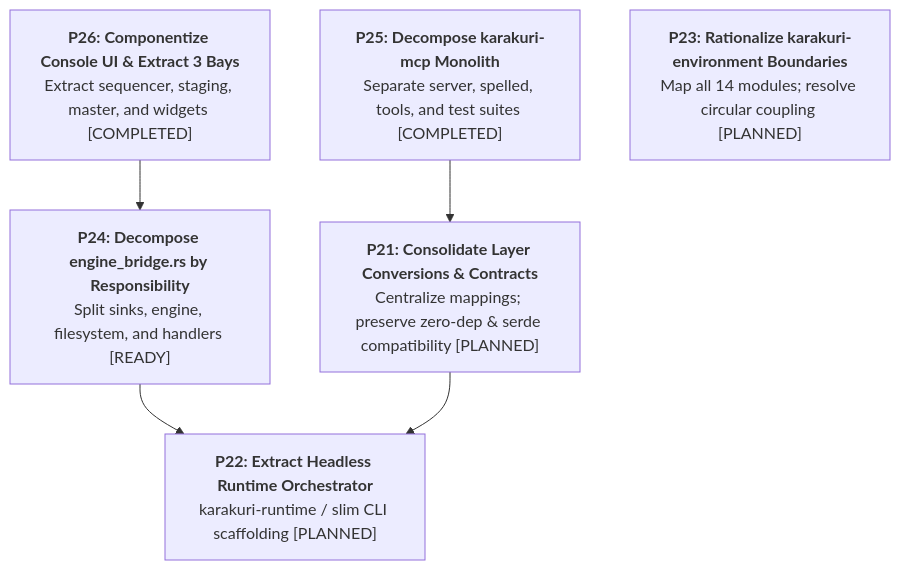
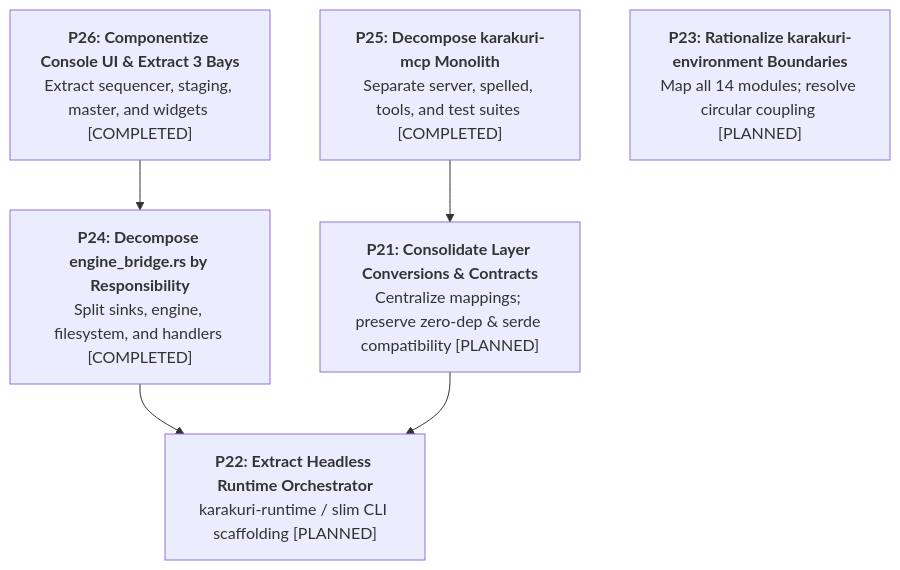
The diagram in docs/refactoring.md (toyoshim-i/Karakuri), drawn with Mermaid before and after one commit. The commit also changed other lines of this file, not shown here.

First line of the commit message:
docs: mark P24 completed in docs/refactoring.md

````diff
--- a/docs/refactoring.md
+++ b/docs/refactoring.md
@@ -76,14 +76,14 @@
 ```mermaid
 graph TD
     P26["<b>P26: Componentize Console UI & Extract 3 Bays</b><br/>Extract sequencer, staging, master, and widgets [COMPLETED]"]
     P25["<b>P25: Decompose karakuri-mcp Monolith</b><br/>Separate server, spelled, tools, and test suites [COMPLETED]"]
-    P24["<b>P24: Decompose engine_bridge.rs by Responsibility</b><br/>Split sinks, engine, filesystem, and handlers [READY]"]
+    P24["<b>P24: Decompose engine_bridge.rs by Responsibility</b><br/>Split sinks, engine, filesystem, and handlers [COMPLETED]"]
     P22["<b>P22: Extract Headless Runtime Orchestrator</b><br/>karakuri-runtime / slim CLI scaffolding [PLANNED]"]
     P21["<b>P21: Consolidate Layer Conversions & Contracts</b><br/>Centralize mappings; preserve zero-dep & serde compatibility [PLANNED]"]
     P23["<b>P23: Rationalize karakuri-environment Boundaries</b><br/>Map all 14 modules; resolve circular coupling [PLANNED]"]
 
     P26 --> P24
     P25 --> P21
     P24 --> P22
     P21 --> P22
 ```
````
